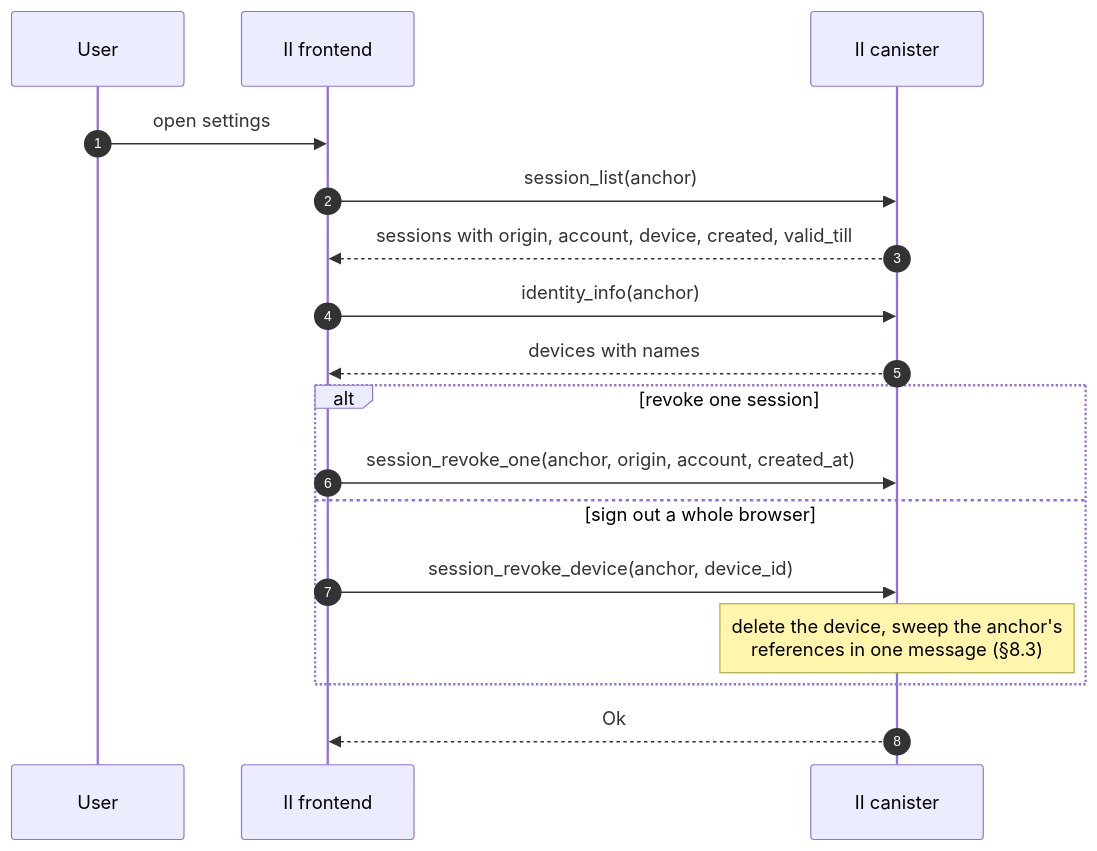
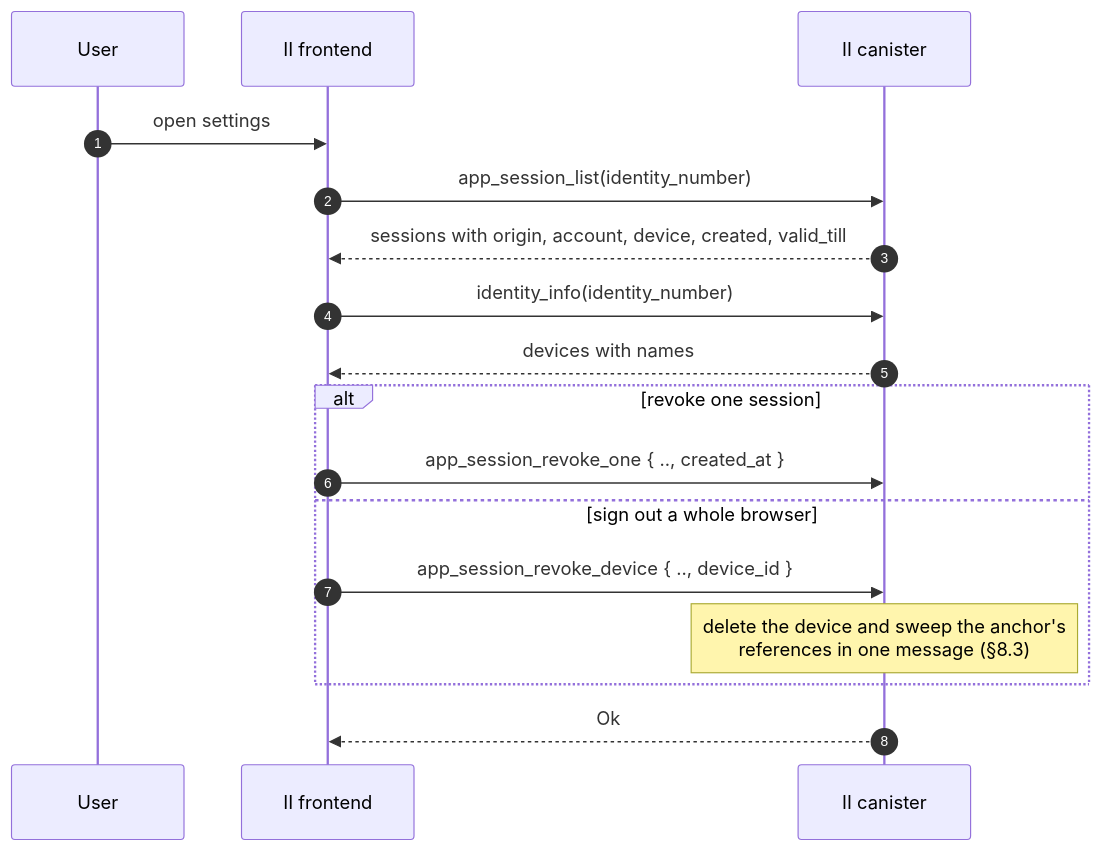
Before and after one commit to dfinity/internet-identity: the seventh of 7 diagrams in docs/ongoing/revocable-app-sessions.md, drawn with Mermaid. The commit also changed other lines of this file, not shown here.

````diff
--- a/docs/ongoing/revocable-app-sessions.md
+++ b/docs/ongoing/revocable-app-sessions.md
@@ -369,19 +399,19 @@
 ```mermaid
 sequenceDiagram
     autonumber
     participant User
     participant IIF as II frontend
     participant IIC as II canister
     User->>IIF: open settings
-    IIF->>IIC: session_list(anchor)
+    IIF->>IIC: app_session_list(identity_number)
     IIC-->>IIF: sessions with origin, account, device, created, valid_till
-    IIF->>IIC: identity_info(anchor)
+    IIF->>IIC: identity_info(identity_number)
     IIC-->>IIF: devices with names
     alt revoke one session
-        IIF->>IIC: session_revoke_one(anchor, origin, account, created_at)
+        IIF->>IIC: app_session_revoke_one { .., created_at }
     else sign out a whole browser
-        IIF->>IIC: session_revoke_device(anchor, device_id)
-        Note over IIC: delete the device, sweep the anchor's<br/>references in one message (§8.3)
+        IIF->>IIC: app_session_revoke_device { .., device_id }
+        Note over IIC: delete the device and sweep the anchor's<br/>references in one message (§8.3)
     end
     IIC-->>IIF: Ok
 ```
````
